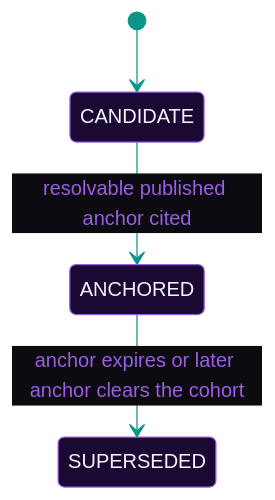
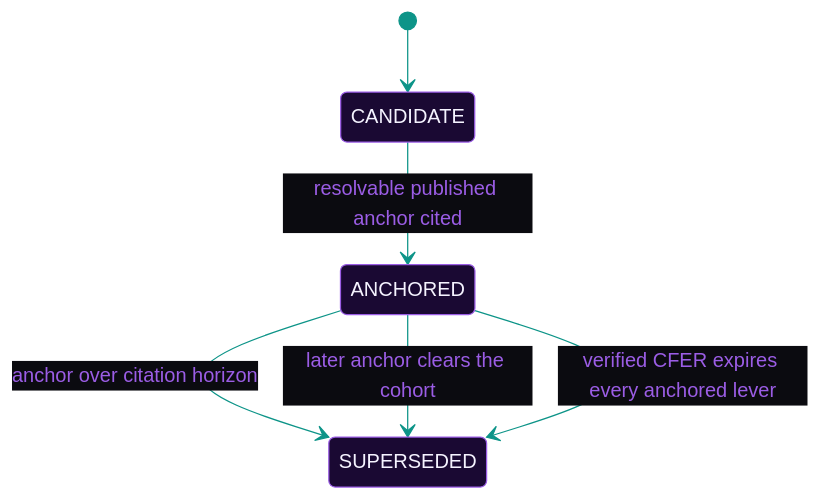
The first of 3 diagrams in README.md (EtharaOrion/mephisto-samples), drawn with Mermaid before and after one commit.

Commit message:
samples: mermaid state diagram, add missing CFER-expiry SUPERSEDED trigger
ENGRAM.md paragraph 195 defines three triggers for a hardness row
moving to SUPERSEDED, but the state diagram only rendered two:
  1. Anchor over citation horizon (was present)
  2. Later anchor clears the cohort (was present)
  3. Verified CFER expires every anchored lever (was MISSING)

Split the single ANC to SUP transition into three parallel labelled
transitions, one per ENGRAM clause. Renders more clearly on GitHub
and matches the contract clause by clause.

````diff
--- a/README.md
+++ b/README.md
@@ -69,11 +69,13 @@
 ```mermaid
 %%{init: {"theme":"base","themeVariables":{"primaryColor":"#1A0933","primaryTextColor":"#F5F3FF","primaryBorderColor":"#9B5DE5","lineColor":"#0D9488","textColor":"#9B5DE5","secondaryColor":"#0B0B10","tertiaryColor":"#0B0B10","fontFamily":"Arial, sans-serif"}} }%%
 stateDiagram-v2
     direction TB
     state "CANDIDATE" as CAN
     state "ANCHORED" as ANC
     state "SUPERSEDED" as SUP
     [*] --> CAN
     CAN --> ANC: resolvable published anchor cited
-    ANC --> SUP: anchor expires or later anchor clears the cohort
+    ANC --> SUP: anchor over citation horizon
+    ANC --> SUP: later anchor clears the cohort
+    ANC --> SUP: verified CFER expires every anchored lever
 ```
````
